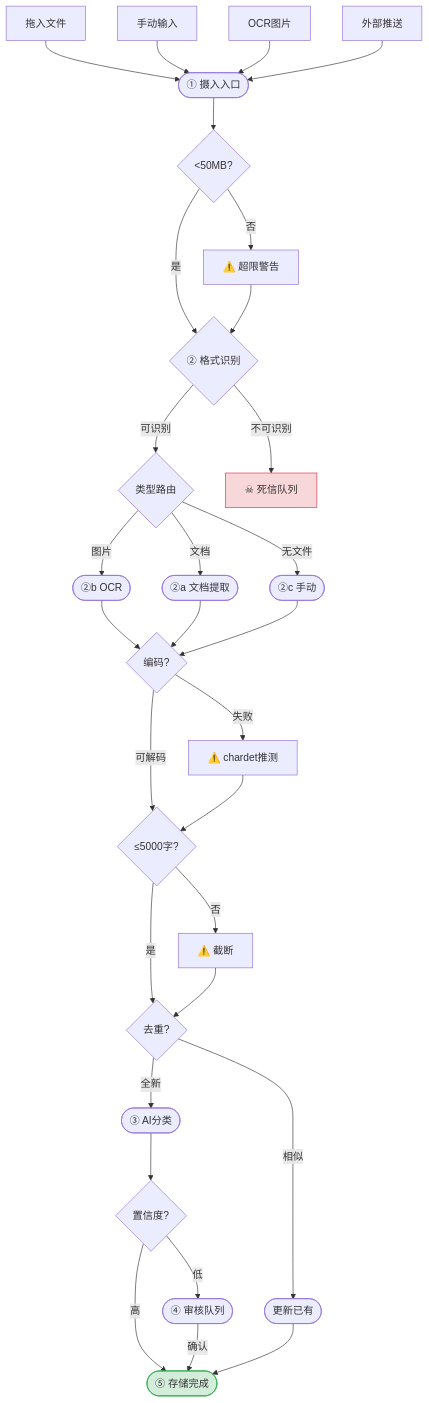
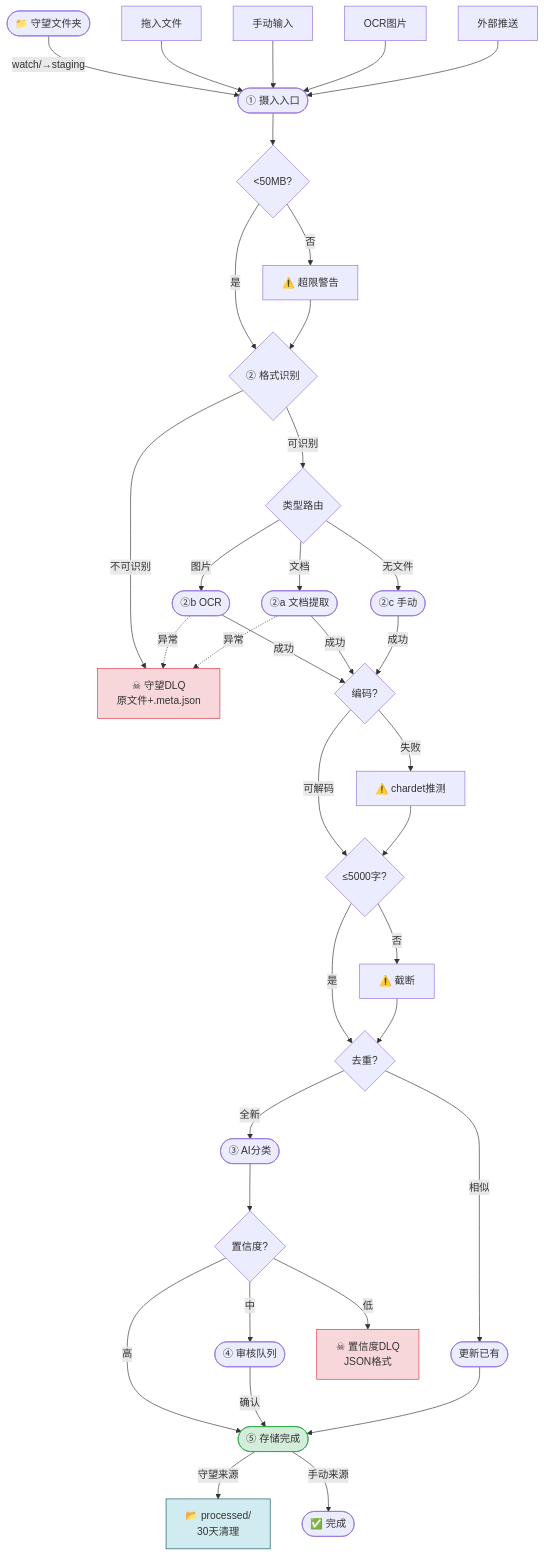
Before and after one commit to shiyao222333-afk/kb-query-engine: the first of 4 diagrams in FLOWCHART.md, drawn with Mermaid. The commit also changed other lines of this file and 19 other files, not shown here.

````diff
--- a/FLOWCHART.md
+++ b/FLOWCHART.md
@@ -29,50 +29,58 @@
 ```mermaid
 flowchart TB
+    F_WATCH([📁 守望文件夹])
     F1[拖入文件]
     F3[手动输入]
     F4[OCR图片]
     F5[外部推送]
 
+    F_WATCH -->|watch/→staging| N1
     F1 --> N1
     F3 --> N1
     F4 --> N1
     F5 --> N1
 
     N1([① 摄入入口]) --> C1{&lt;50MB?}
     C1 -->|是| N2
     C1 -->|否| W1[⚠️ 超限警告]
 
     W1 --> N2
     N2{② 格式识别} -->|可识别| C2
-    N2 -->|不可识别| DL[☠ 死信队列]
+    N2 -->|不可识别| DL_WATCH[☠ 守望DLQ<br/>原文件+.meta.json]
 
     C2{类型路由} -->|图片| N4_OCR([②b OCR])
     C2 -->|文档| N4_DOC([②a 文档提取])
     C2 -->|无文件| N4_MAN([②c 手动])
 
-    N4_OCR --> C3
-    N4_DOC --> C3
-    N4_MAN --> C3
+    N4_OCR -->|成功| C3
+    N4_DOC -->|成功| C3
+    N4_MAN -->|成功| C3
+    N4_OCR -.->|异常| DL_WATCH
+    N4_DOC -.->|异常| DL_WATCH
 
     C3{编码?} -->|可解码| N5
     C3 -->|失败| W2[⚠️ chardet推测]
 
     W2 --> N5
     N5{≤5000字?} -->|是| C_DUP
     N5 -->|否| W3[⚠️ 截断]
 
     W3 --> C_DUP
     C_DUP{去重?} -->|全新| N6
     C_DUP -->|相似| N_UPDATE([更新已有])
 
     N6([③ AI分类]) --> C4{置信度?}
     C4 -->|高| N7
-    C4 -->|低| N8([④ 审核队列])
+    C4 -->|中| N8([④ 审核队列])
+    C4 -->|低| DL_CONF[☠ 置信度DLQ<br/>JSON格式]
     N8 -->|确认| N7
     N_UPDATE --> N7
 
-    N7([⑤ 存储完成])
+    N7([⑤ 存储完成]) -->|守望来源| PROC[📂 processed/<br/>30天清理]
+    N7 -->|手动来源| DONE([✅ 完成])
 
     style N7 fill:#d4edda,stroke:#28a745
-    style DL fill:#f8d7da,stroke:#dc3545
+    style DL_WATCH fill:#f8d7da,stroke:#dc3545
+    style DL_CONF fill:#f8d7da,stroke:#dc3545
+    style PROC fill:#d1ecf1,stroke:#0c5460
 ```
````
